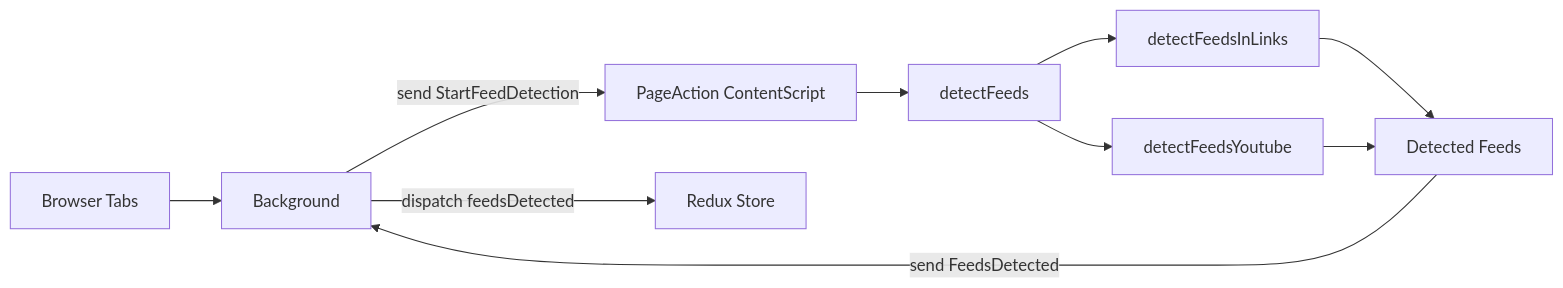
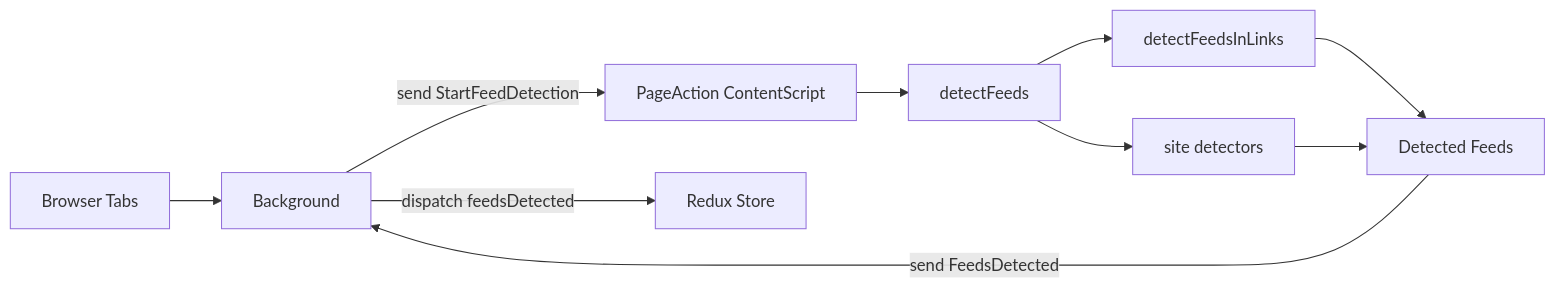
The diagram in src/services/feedDetection/README.md (dermeck/feeds-sidebar), drawn with Mermaid before and after one commit. The commit also changed other lines of this file and 13 other files, not shown here.

First line of the commit message:
detect feeds on reddit, github, gitlab, hacker news and stack exchange

````diff
--- a/src/services/feedDetection/README.md
+++ b/src/services/feedDetection/README.md
@@ -16,12 +16,12 @@
 ```mermaid
 flowchart LR
   BT[Browser Tabs] --> BG[Background]
   BG -->|send StartFeedDetection| CS[PageAction ContentScript]
   CS --> DF[detectFeeds]
   DF --> LNK[detectFeedsInLinks]
-  DF --> YT[detectFeedsYoutube]
+  DF --> SITE[site detectors]
   LNK --> DET[Detected Feeds]
-  YT --> DET
+  SITE --> DET
   DET -->|send FeedsDetected| BG
   BG -->|dispatch feedsDetected| STORE[Redux Store]
 ```
````
